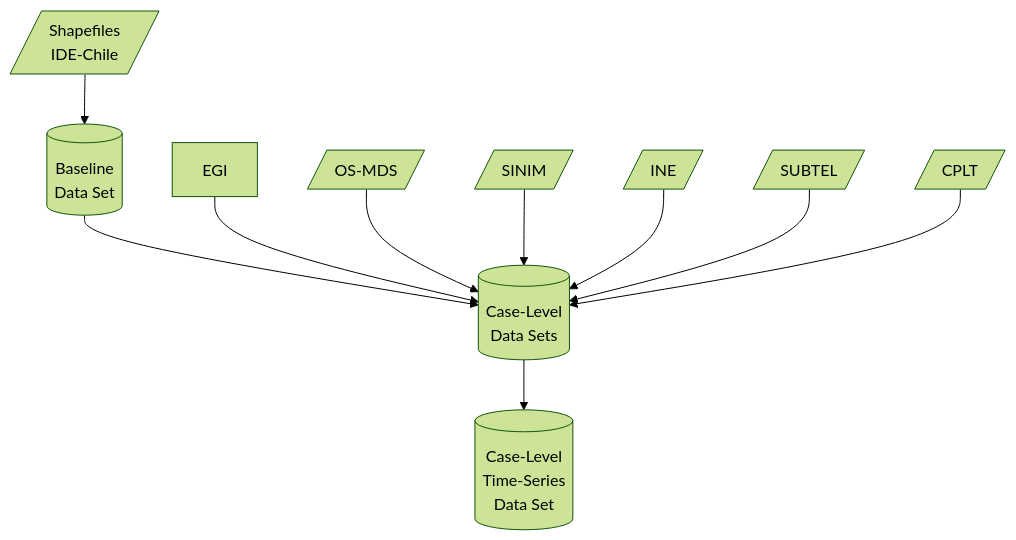
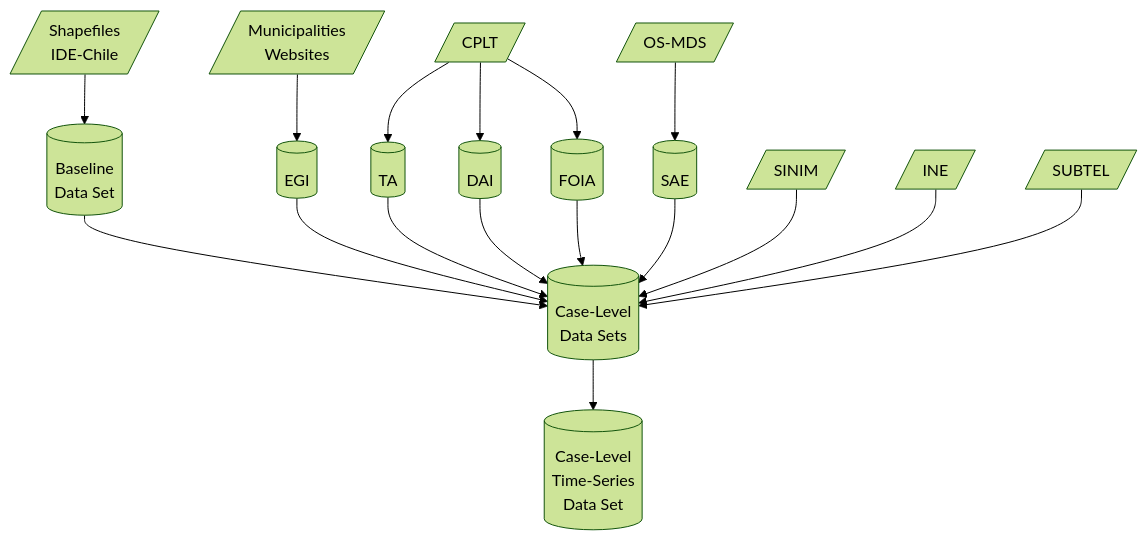
Before and after one commit to bgonzalezbustamante/local-gov-indicators: the diagram in README.md, drawn with Mermaid (forest theme).

````diff
--- a/README.md
+++ b/README.md
@@ -14,12 +14,19 @@
 ```mermaid
   graph TD;
       A[/Shapefiles<br/>IDE-Chile/] --> B[(Baseline<br/>Data Set)];
       B --> C[(Case-Level<br/>Data Sets)];
-      D[EGI] --> C;
-      E[/OS-MDS/] --> C;
-      F[/SINIM/] --> C;
-      G[/INE/] --> C;
-      H[/SUBTEL/] --> C;
-      I[/CPLT/] --> C;
-      C --> J[(Case-Level<br/>Time-Series<br/>Data Set)];
+      D[/Municipalities<br/>Websites/] --> E[(EGI)];
+      E[(EGI)] --> C;
+      F[/CPLT/] --> G[(TA)];
+      F[/CPLT/] --> H[(DAI)];
+      F[/CPLT/] --> I[(FOIA)];
+      G --> C;
+      H --> C;
+      I --> C;
+      J[/OS-MDS/] --> K[(SAE)];
+      K --> C;
+      L[/SINIM/] --> C;
+      M[/INE/] --> C;
+      N[/SUBTEL/] --> C;
+      C --> Z[(Case-Level<br/>Time-Series<br/>Data Set)];
 ```
````
